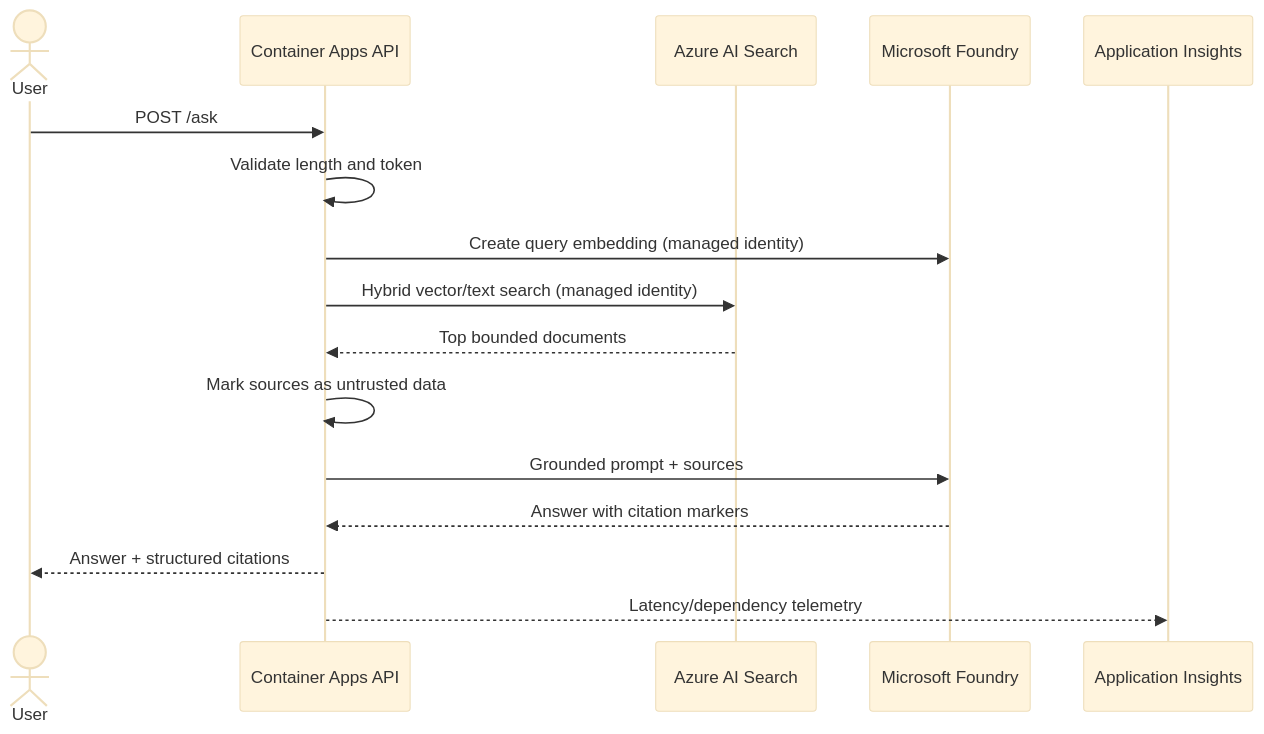
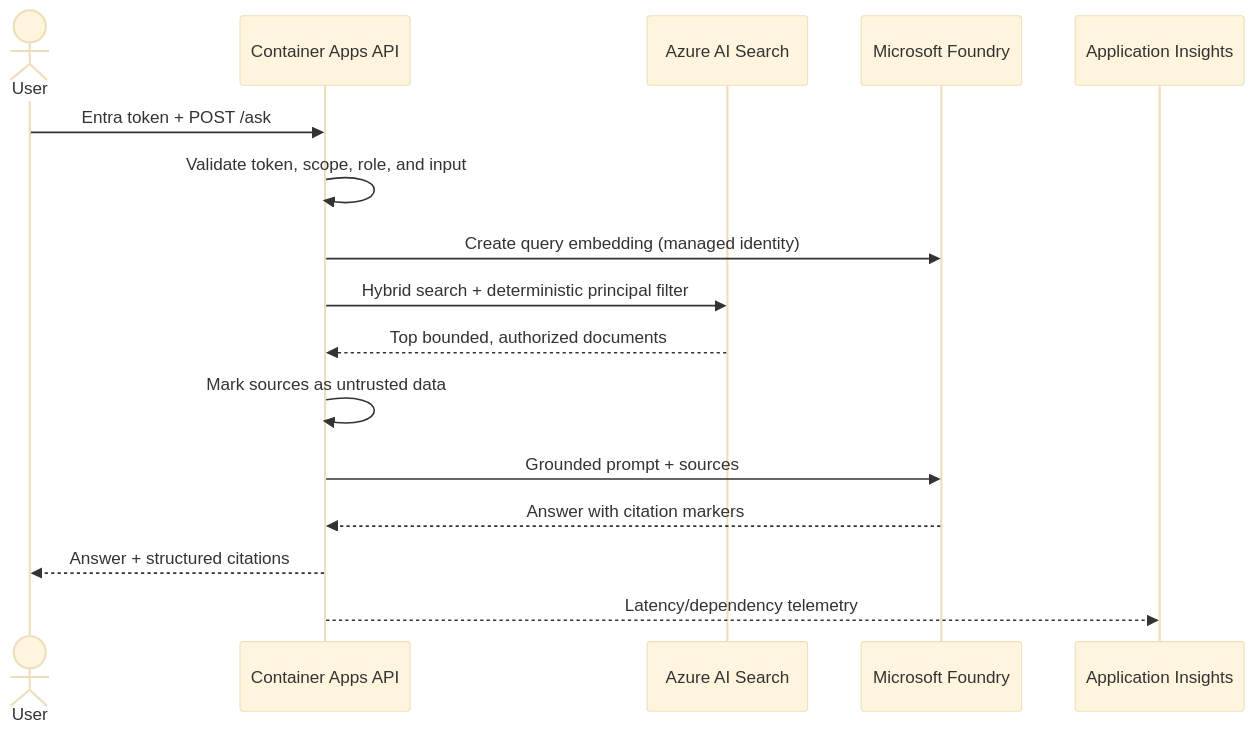
Before and after one commit to gowrishacv/azure-ai-agent-poc: the first of 3 diagrams in docs/architecture.md, drawn with Mermaid (base theme). The commit also changed other lines of this file and 31 other files, not shown here.

````diff
--- a/docs/architecture.md
+++ b/docs/architecture.md
@@ -22,19 +22,19 @@
 ```mermaid
 sequenceDiagram
     actor User
     participant API as Container Apps API
     participant Search as Azure AI Search
     participant Foundry as Microsoft Foundry
     participant Monitor as Application Insights
 
-    User->>API: POST /ask
-    API->>API: Validate length and token
+    User->>API: Entra token + POST /ask
+    API->>API: Validate token, scope, role, and input
     API->>Foundry: Create query embedding (managed identity)
-    API->>Search: Hybrid vector/text search (managed identity)
-    Search-->>API: Top bounded documents
+    API->>Search: Hybrid search + deterministic principal filter
+    Search-->>API: Top bounded, authorized documents
     API->>API: Mark sources as untrusted data
     API->>Foundry: Grounded prompt + sources
     Foundry-->>API: Answer with citation markers
     API-->>User: Answer + structured citations
     API-->>Monitor: Latency/dependency telemetry
 ```
````
